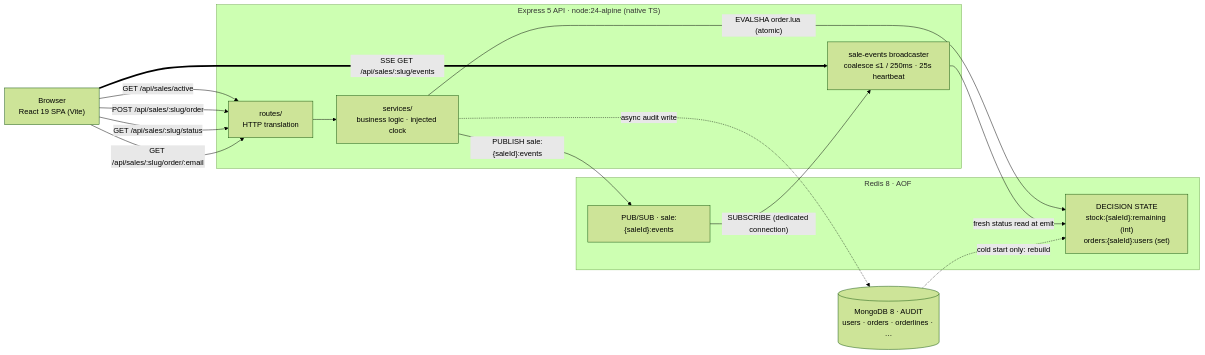
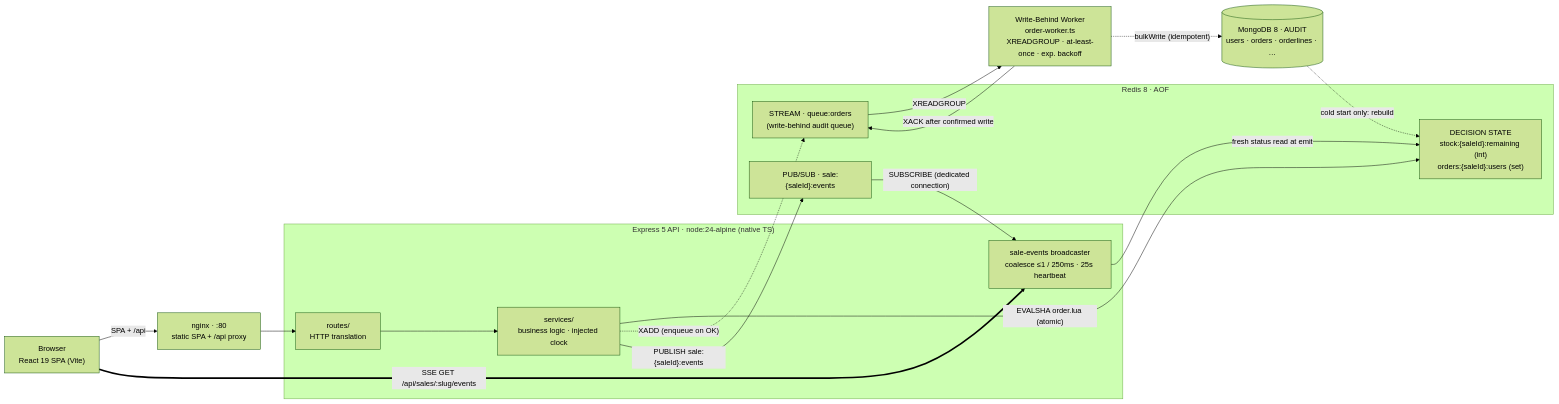
One commit to mjenh/flash-sale changed the first of 2 diagrams in docs/architecture.md. Above: the diagram before and after it, drawn with Mermaid (forest theme). The commit also changed other lines of this file and 2 other files, not shown here.

First line of the commit message:
docs: update README and architecture for write-behind worker

````diff
--- a/docs/architecture.md
+++ b/docs/architecture.md
@@ -18,30 +18,34 @@
 ```mermaid
 flowchart LR
     Browser["Browser<br/>React 19 SPA (Vite)"]
+    Nginx["nginx · :80<br/>static SPA + /api proxy"]
 
     subgraph API["Express 5 API · node:24-alpine (native TS)"]
         Routes["routes/<br/>HTTP translation"]
         Services["services/<br/>business logic · injected clock"]
         Broadcaster["sale-events broadcaster<br/>coalesce ≤1 / 250ms · 25s heartbeat"]
     end
 
     subgraph Redis["Redis 8 · AOF"]
         Decision["DECISION STATE<br/>stock:{saleId}:remaining (int)<br/>orders:{saleId}:users (set)"]
         Channel["PUB/SUB · sale:{saleId}:events"]
+        Queue["STREAM · queue:orders<br/>(write-behind audit queue)"]
     end
 
+    Worker["Write-Behind Worker<br/>order-worker.ts<br/>XREADGROUP · at-least-once · exp. backoff"]
     Mongo[("MongoDB 8 · AUDIT<br/>users · orders · orderlines · …")]
 
-    Browser -- "GET /api/sales/active" --> Routes
-    Browser -- "POST /api/sales/:slug/order" --> Routes
-    Browser -- "GET /api/sales/:slug/status" --> Routes
-    Browser -- "GET /api/sales/:slug/order/:email" --> Routes
+    Browser -- "SPA + /api" --> Nginx
+    Nginx --> Routes
     Browser == "SSE GET /api/sales/:slug/events" ==> Broadcaster
     Routes --> Services
     Services -- "EVALSHA order.lua (atomic)" --> Decision
-    Services -. "async audit write" .-> Mongo
+    Services -. "XADD (enqueue on OK)" .-> Queue
+    Queue -- "XREADGROUP" --> Worker
+    Worker -. "bulkWrite (idempotent)" .-> Mongo
+    Worker -- "XACK after confirmed write" --> Queue
     Services -- "PUBLISH sale:{saleId}:events" --> Channel
     Channel -- "SUBSCRIBE (dedicated connection)" --> Broadcaster
     Broadcaster -- "fresh status read at emit" --> Decision
     Mongo -. "cold start only: rebuild" .-> Decision
 ```
````
